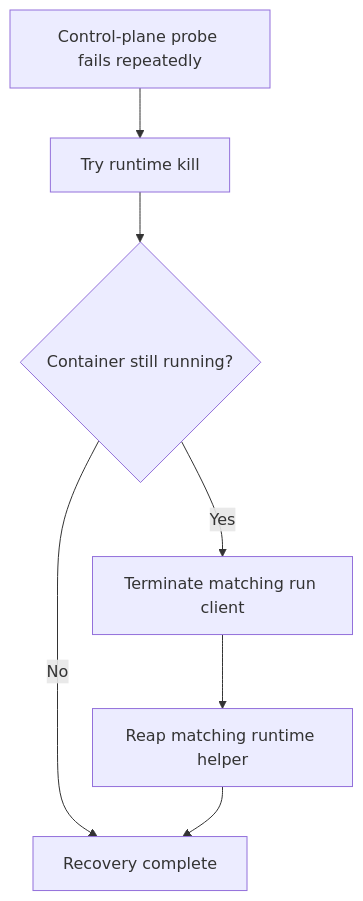
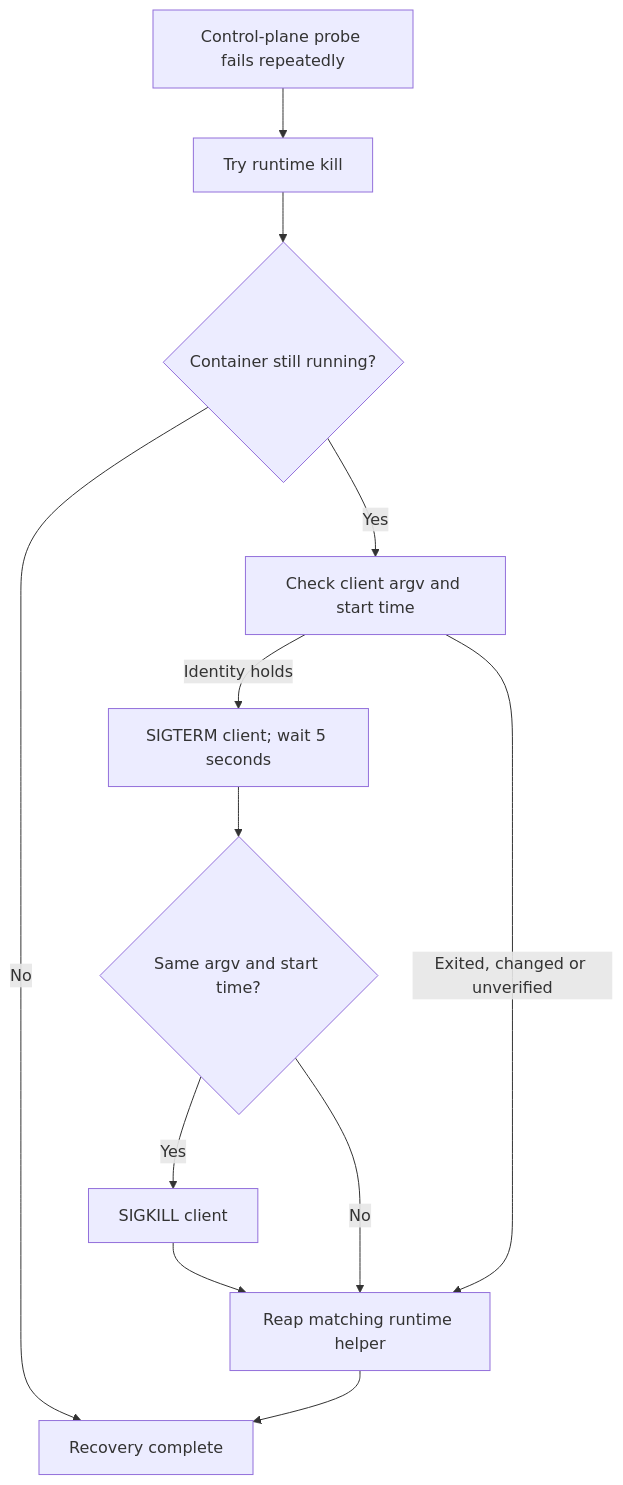
The third of 7 diagrams in docs/workflows/resilience-and-concurrency.md (stSoftwareAU/VibeCoder), drawn with Mermaid before and after one commit. The commit also changed other lines of this file and 3 other files, not shown here.

Commit message:
loop.sh force_stop_container SIGKILLs the client PID five seconds after SIGTERM without checking it is still the same process (Issue #4642) (#4699)

````diff
--- a/docs/workflows/resilience-and-concurrency.md
+++ b/docs/workflows/resilience-and-concurrency.md
@@ -169,9 +169,14 @@
 ```mermaid
 flowchart TD
   Probe["Control-plane probe fails repeatedly"] --> RuntimeKill["Try runtime kill"]
   RuntimeKill --> StillRunning{"Container still running?"}
   StillRunning -->|No| Done["Recovery complete"]
-  StillRunning -->|Yes| Client["Terminate matching run client"]
-  Client --> Reaper["Reap matching runtime helper"]
+  StillRunning -->|Yes| Client["Check client argv and start time"]
+  Client -->|Identity holds| Term["SIGTERM client; wait 5 seconds"]
+  Term --> CheckAgain{"Same argv and start time?"}
+  CheckAgain -->|Yes| Kill["SIGKILL client"]
+  CheckAgain -->|No| Reaper["Reap matching runtime helper"]
+  Client -->|Exited, changed or unverified| Reaper
+  Kill --> Reaper
   Reaper --> Done
 ```
````
